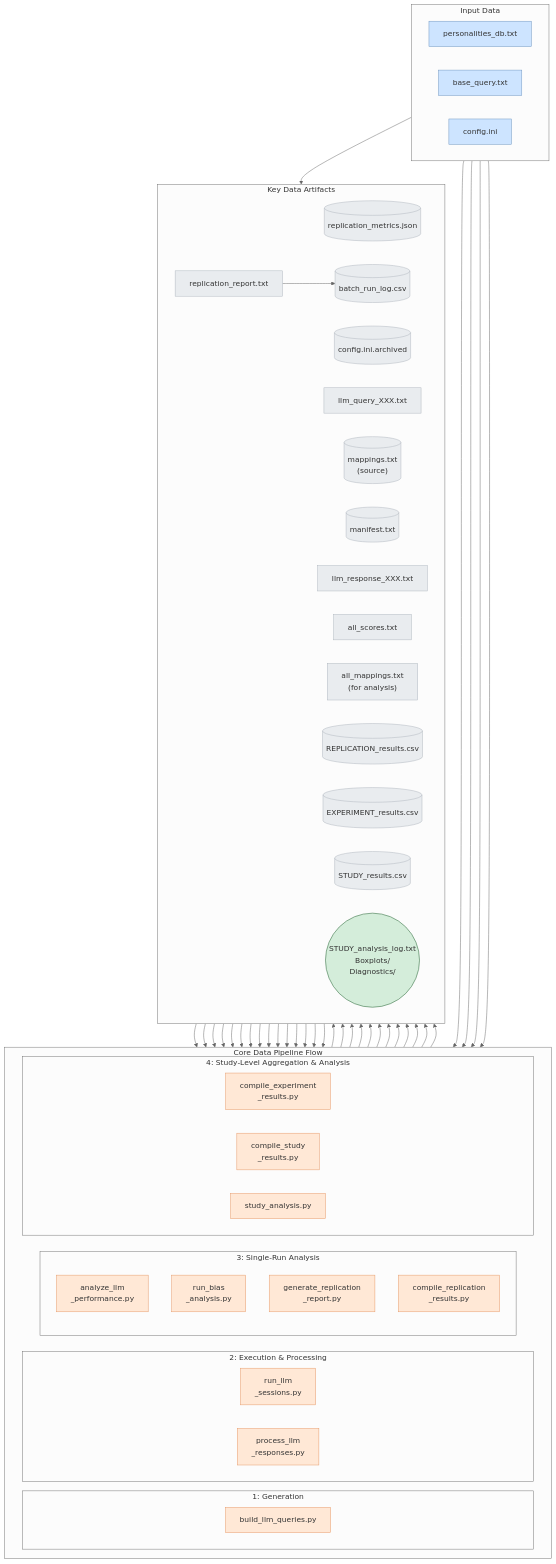
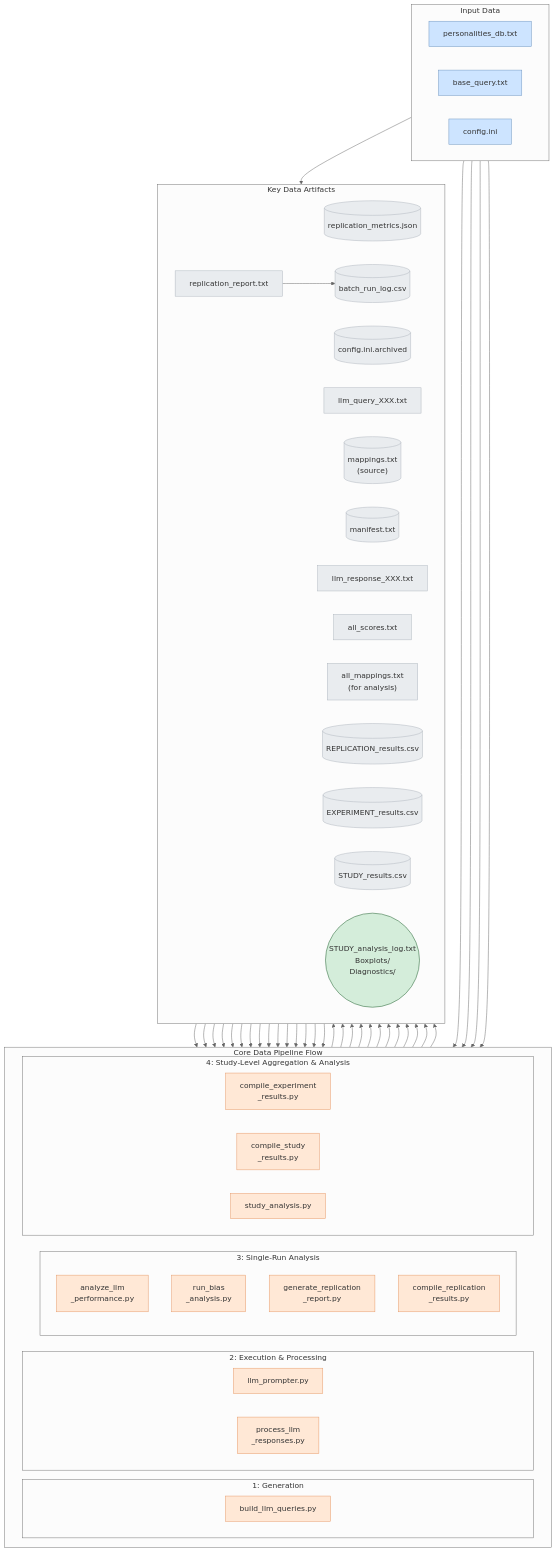
One commit to peterjmarko/llm-narrative-framework changed the diagram in docs/diagrams/data_main_flow.mmd. Above: the diagram before and after it, drawn with Mermaid (neutral theme). The commit also changed 2 other files, not shown here.

Commit message:
docs(diagrams): Update diagrams to reflect removal of run_llm_sessions.py
This commit updates three key architecture and workflow diagrams to align with the current system architecture after a recent refactoring.

The `run_llm_sessions.py` script was removed, and the `orchestrate_replication.py` script now directly manages parallel calls to the `llm_prompter.py` worker.

The following diagrams were modified to reflect this change:
- `arch_main_codebase.mmd`
- `data_main_flow.mmd`
- `flow_main_1_new_experiment.mmd`

```diff
--- a/docs/diagrams/data_main_flow.mmd
+++ b/docs/diagrams/data_main_flow.mmd
@@ -1,115 +1,115 @@
 graph TD
     subgraph "Input Data"
         direction LR
         Input_PDB["personalities_db.txt"]
         Input_Query["base_query.txt"]
         Input_Config["config.ini"]
     end
 
     subgraph "Core Data Pipeline Flow"
         direction LR
         subgraph "1: Generation"
              Script1["build_llm_queries.py"]
         end
         subgraph "2: Execution & Processing"
-            Script2["run_llm<br/>_sessions.py"]
+            Script2["llm_prompter.py"]
             Script3["process_llm<br/>_responses.py"]
         end
         subgraph "3: Single-Run Analysis"
             direction TB
             Script4["analyze_llm<br/>_performance.py"]
             Script4b["run_bias<br/>_analysis.py"]
             Script5["generate_replication<br/>_report.py"]
             Script6["compile_replication<br/>_results.py"]
         end
         subgraph "4: Study-Level Aggregation & Analysis"
              CompilerExp["compile_experiment<br/>_results.py"]
              CompilerStudy["compile_study<br/>_results.py"]
              StudyAnalyzer["study_analysis.py"]
         end
     end
 
     subgraph "Key Data Artifacts"
         direction LR
         Art_metrics[("replication_metrics.json")]
         Art1_archive[("config.ini.archived")]
         Art1_query["llm_query_XXX.txt"]
         Art1_mappings_src[("mappings.txt<br/>(source)")]
         Art1_manifest[("manifest.txt")]
         Art2_response["llm_response_XXX.txt"]
         Art3_scores["all_scores.txt"]
         Art3_mappings_analysis["all_mappings.txt<br/>(for analysis)"]
         Art4_report["replication_report.txt"]
         BatchRunLog[("batch_run_log.csv")]
         RepResultsCSV[("REPLICATION_results.csv")]
         ExpResultsCSV[("EXPERIMENT_results.csv")]
         StudyResultsCSV[("STUDY_results.csv")]
         FinalOutputs(("STUDY_analysis_log.txt<br/>Boxplots/<br/>Diagnostics/"))
     end
 
     Input_PDB & Input_Query & Input_Config --> Script1
     Input_Config --> Art1_archive
 
     Script1 --> Art1_query
     Script1 --> Art1_mappings_src
     Script1 --> Art1_manifest
 
     Art1_query --> Script2
     Script2 --> Art2_response
 
     Art2_response & Art1_mappings_src & Art1_manifest --> Script3
     Script3 --> Art3_scores
     Script3 --> Art3_mappings_analysis
 
     Art3_scores & Art3_mappings_analysis & Art1_archive --> Script4
     Script4 --> Art_metrics
 
     Art_metrics --> Script4b
 
     Art_metrics & Art1_archive & Input_Query --> Script5
     Script5 --> Art4_report
 
     Art_metrics & Art1_archive --> Script6
     Script6 --> RepResultsCSV
     
     RepResultsCSV --> CompilerExp
     CompilerExp --> ExpResultsCSV
     
     Art4_report --> BatchRunLog
     ExpResultsCSV --> CompilerStudy
 
     CompilerStudy --> StudyResultsCSV
 
     StudyResultsCSV --> StudyAnalyzer
     StudyAnalyzer --> FinalOutputs
 
     style Input_PDB fill:#cde4ff,stroke:#6c93be,color:#333
     style Input_Query fill:#cde4ff,stroke:#6c93be,color:#333
     style Input_Config fill:#cde4ff,stroke:#6c93be,color:#333
     
     style Script1 fill:#ffe8d6,stroke:#e59866,color:#333
     style Script2 fill:#ffe8d6,stroke:#e59866,color:#333
     style Script3 fill:#ffe8d6,stroke:#e59866,color:#333
     style Script4 fill:#ffe8d6,stroke:#e59866,color:#333
     style Script4b fill:#ffe8d6,stroke:#e59866,color:#333
     style Script5 fill:#ffe8d6,stroke:#e59866,color:#333
     style Script6 fill:#ffe8d6,stroke:#e59866,color:#333
     style CompilerExp fill:#ffe8d6,stroke:#e59866,color:#333
     style CompilerStudy fill:#ffe8d6,stroke:#e59866,color:#333
     style StudyAnalyzer fill:#ffe8d6,stroke:#e59866,color:#333
     
     style Art_metrics fill:#e9ecef,stroke:#adb5bd,color:#333
     style Art1_archive fill:#e9ecef,stroke:#adb5bd,color:#333
     style Art1_query fill:#e9ecef,stroke:#adb5bd,color:#333
     style Art1_mappings_src fill:#e9ecef,stroke:#adb5bd,color:#333
     style Art1_manifest fill:#e9ecef,stroke:#adb5bd,color:#333
     style Art2_response fill:#e9ecef,stroke:#adb5bd,color:#333
     style Art3_scores fill:#e9ecef,stroke:#adb5bd,color:#333
     style Art3_mappings_analysis fill:#e9ecef,stroke:#adb5bd,color:#333
     style Art4_report fill:#e9ecef,stroke:#adb5bd,color:#333
     style BatchRunLog fill:#e9ecef,stroke:#adb5bd,color:#333
     style RepResultsCSV fill:#e9ecef,stroke:#adb5bd,color:#333
     style ExpResultsCSV fill:#e9ecef,stroke:#adb5bd,color:#333
     style StudyResultsCSV fill:#e9ecef,stroke:#adb5bd,color:#333
     
     style FinalOutputs fill:#d4edda,stroke:#155724,color:#333
```
